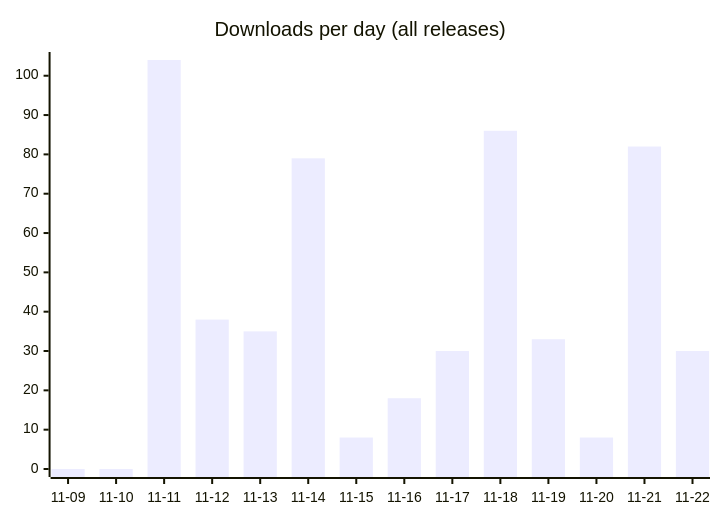
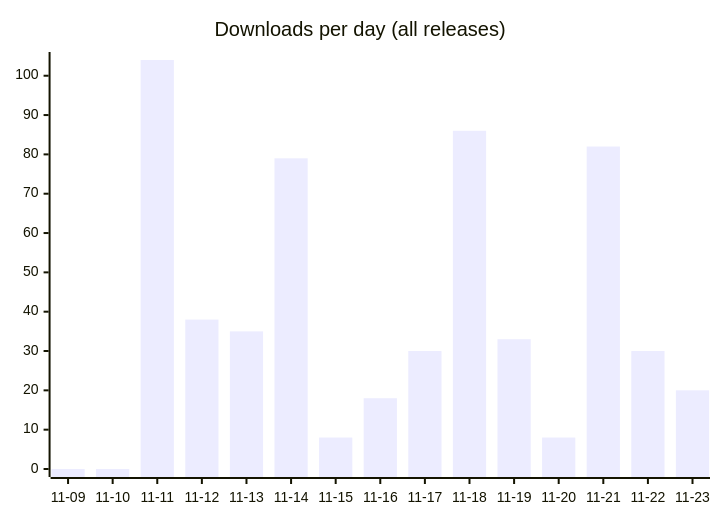
Before and after one commit to fmadore/Kalamu: the first of 2 diagrams in README.md, drawn with Mermaid. The commit also changed other lines of this file and 3 other files, not shown here.

````diff
--- a/README.md
+++ b/README.md
@@ -47,6 +48,6 @@
 ```mermaid
 xychart-beta
     title "Downloads per day (all releases)"
-    x-axis ["11-09", "11-10", "11-11", "11-12", "11-13", "11-14", "11-15", "11-16", "11-17", "11-18", "11-19", "11-20", "11-21", "11-22"]
-    bar [0, 0, 104, 38, 35, 79, 8, 18, 30, 86, 33, 8, 82, 30]
+    x-axis ["11-09", "11-10", "11-11", "11-12", "11-13", "11-14", "11-15", "11-16", "11-17", "11-18", "11-19", "11-20", "11-21", "11-22", "11-23"]
+    bar [0, 0, 104, 38, 35, 79, 8, 18, 30, 86, 33, 8, 82, 30, 20]
 ```
````
